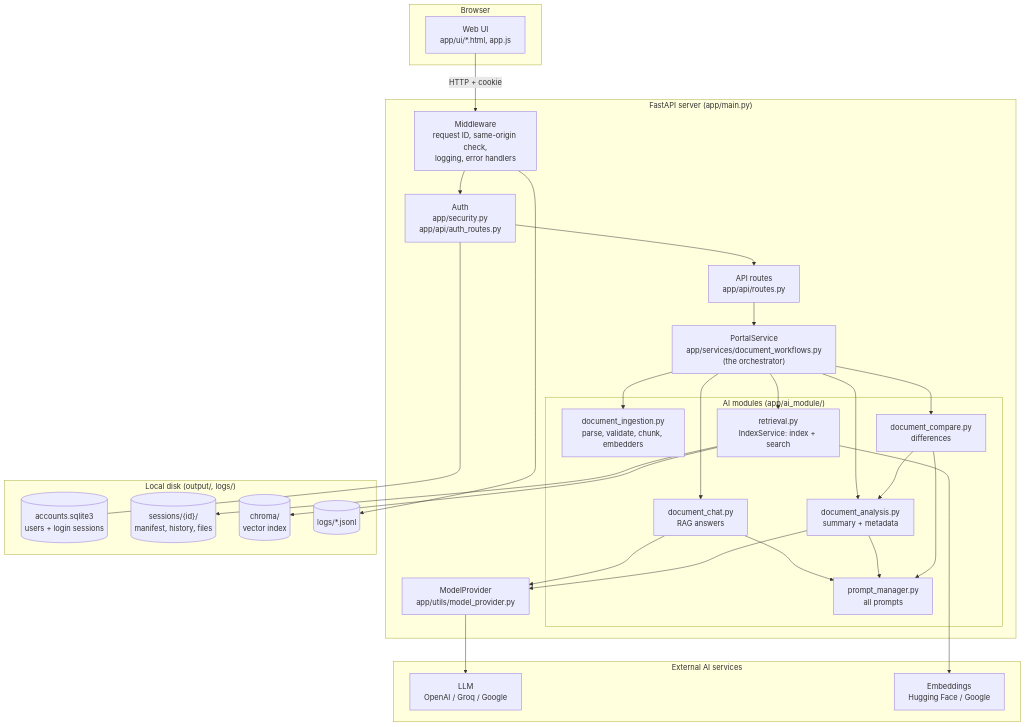
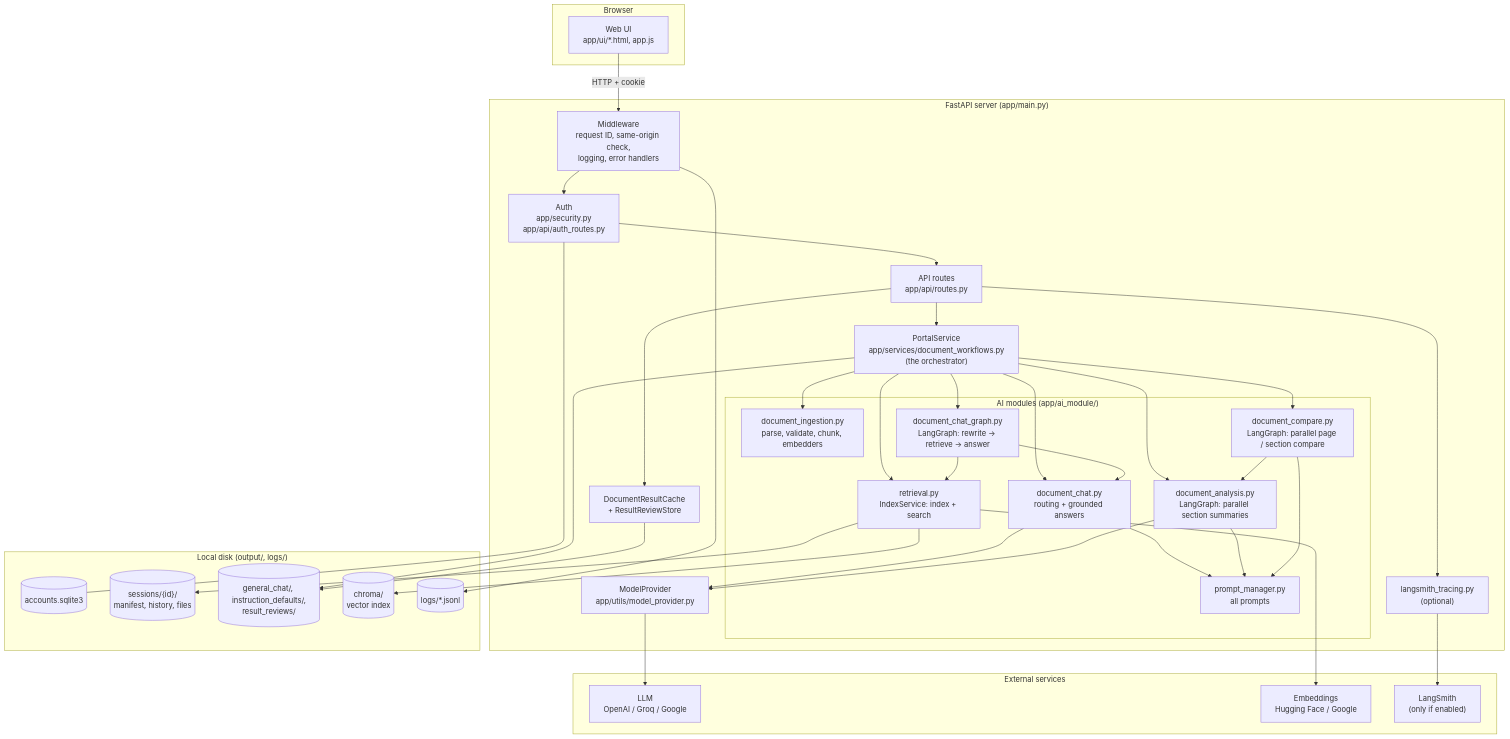
The first of 13 diagrams in docs/ARCHITECTURE.md (mannyiyer380/proj-01-enterprise-document-intelligence-system), drawn with Mermaid before and after one commit. The commit also changed other lines of this file, not shown here.

Commit message:
Update architecture doc for LangGraph workflows, review, caching and tests

````diff
--- a/docs/ARCHITECTURE.md
+++ b/docs/ARCHITECTURE.md
@@ -67,47 +73,57 @@
 ```mermaid
 flowchart TB
     subgraph Browser["Browser"]
         UI["Web UI<br/>app/ui/*.html, app.js"]
     end
 
     subgraph Server["FastAPI server (app/main.py)"]
         MW["Middleware<br/>request ID, same-origin check,<br/>logging, error handlers"]
         AUTH["Auth<br/>app/security.py<br/>app/api/auth_routes.py"]
         ROUTES["API routes<br/>app/api/routes.py"]
         PORTAL["PortalService<br/>app/services/document_workflows.py<br/>(the orchestrator)"]
+        CACHE["DocumentResultCache<br/>+ ResultReviewStore"]
 
         subgraph AI["AI modules (app/ai_module/)"]
             ING["document_ingestion.py<br/>parse, validate, chunk, embedders"]
             RET["retrieval.py<br/>IndexService: index + search"]
-            CHAT["document_chat.py<br/>RAG answers"]
-            ANA["document_analysis.py<br/>summary + metadata"]
-            CMP["document_compare.py<br/>differences"]
+            CHAT["document_chat.py<br/>routing + grounded answers"]
+            CG["document_chat_graph.py<br/>LangGraph: rewrite → retrieve → answer"]
+            ANA["document_analysis.py<br/>LangGraph: parallel section summaries"]
+            CMP["document_compare.py<br/>LangGraph: parallel page / section compare"]
             PM["prompt_manager.py<br/>all prompts"]
         end
 
         MP["ModelProvider<br/>app/utils/model_provider.py"]
+        TR["langsmith_tracing.py<br/>(optional)"]
     end
 
     subgraph Disk["Local disk (output/, logs/)"]
-        SQL[("accounts.sqlite3<br/>users + login sessions")]
+        SQL[("accounts.sqlite3")]
         SESS[("sessions/{id}/<br/>manifest, history, files")]
+        USR[("general_chat/, instruction_defaults/,<br/>result_reviews/")]
         CHROMA[("chroma/<br/>vector index")]
         LOGS[("logs/*.jsonl")]
     end
 
-    subgraph Cloud["External AI services"]
+    subgraph Cloud["External services"]
         LLM["LLM<br/>OpenAI / Groq / Google"]
         EMB["Embeddings<br/>Hugging Face / Google"]
+        LS["LangSmith<br/>(only if enabled)"]
     end
 
     UI -- "HTTP + cookie" --> MW --> AUTH --> ROUTES --> PORTAL
+    ROUTES --> CACHE
     AUTH --- SQL
-    PORTAL --> ING & RET & CHAT & ANA & CMP
+    PORTAL --> ING & RET & CHAT & CG & ANA & CMP
+    CG --> CHAT & RET
     CMP --> ANA
     CHAT & ANA & CMP --> PM
     CHAT & ANA --> MP --> LLM
     RET --> EMB
     RET --> CHROMA
     RET --> SESS
+    PORTAL --> USR
+    CACHE --> USR
     MW --> LOGS
+    ROUTES --> TR --> LS
 ```
````
